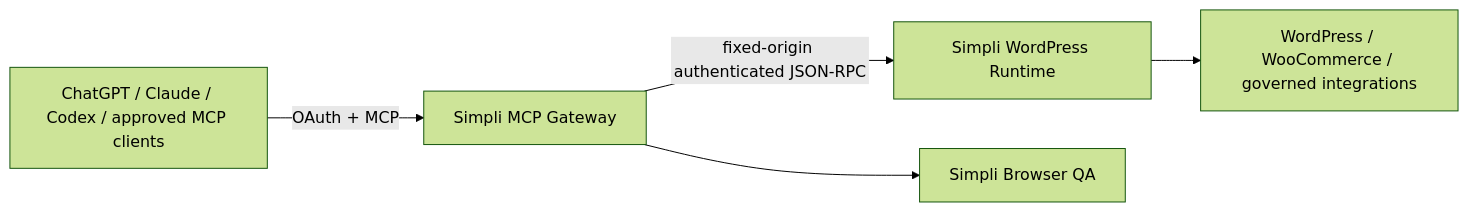
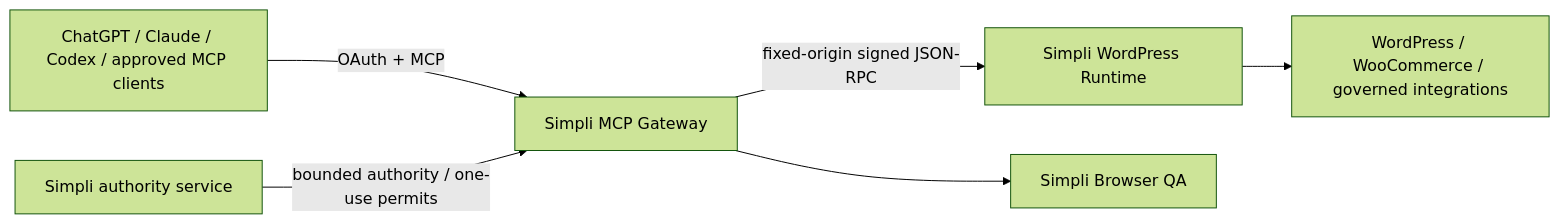
One commit to jaymoxke/simpli-wordpress-mcp changed the diagram in README.md. Above: the diagram before and after it, drawn with Mermaid (forest theme). The commit also changed other lines of this file, not shown here.

Commit message:
v3 phase4: document signed WordPress transport status

````diff
--- a/README.md
+++ b/README.md
@@ -9,7 +9,8 @@
 ```mermaid
 flowchart LR
     C["ChatGPT / Claude / Codex / approved MCP clients"] -->|"OAuth + MCP"| G["Simpli MCP Gateway"]
-    G -->|"fixed-origin authenticated JSON-RPC"| W["Simpli WordPress Runtime"]
+    G -->|"fixed-origin signed JSON-RPC"| W["Simpli WordPress Runtime"]
     W --> WP["WordPress / WooCommerce / governed integrations"]
     G --> B["Simpli Browser QA"]
+    A["Simpli authority service"] -->|"bounded authority / one-use permits"| G
 ```
````
